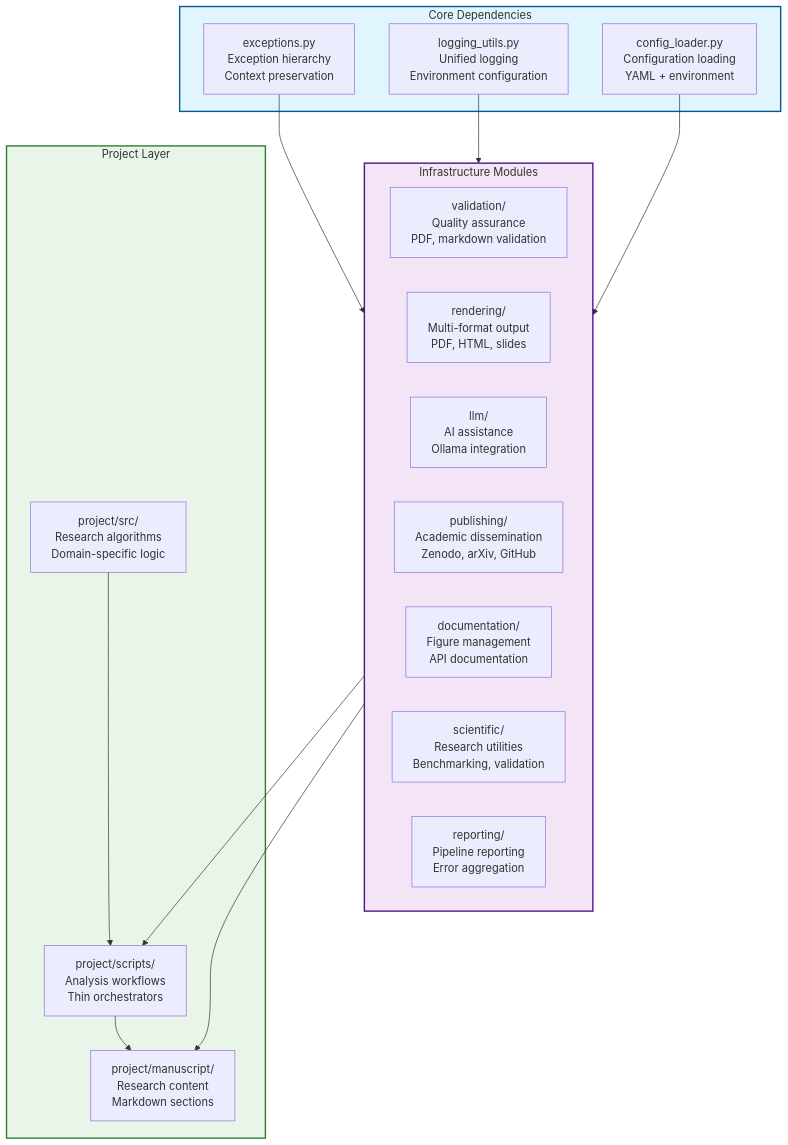
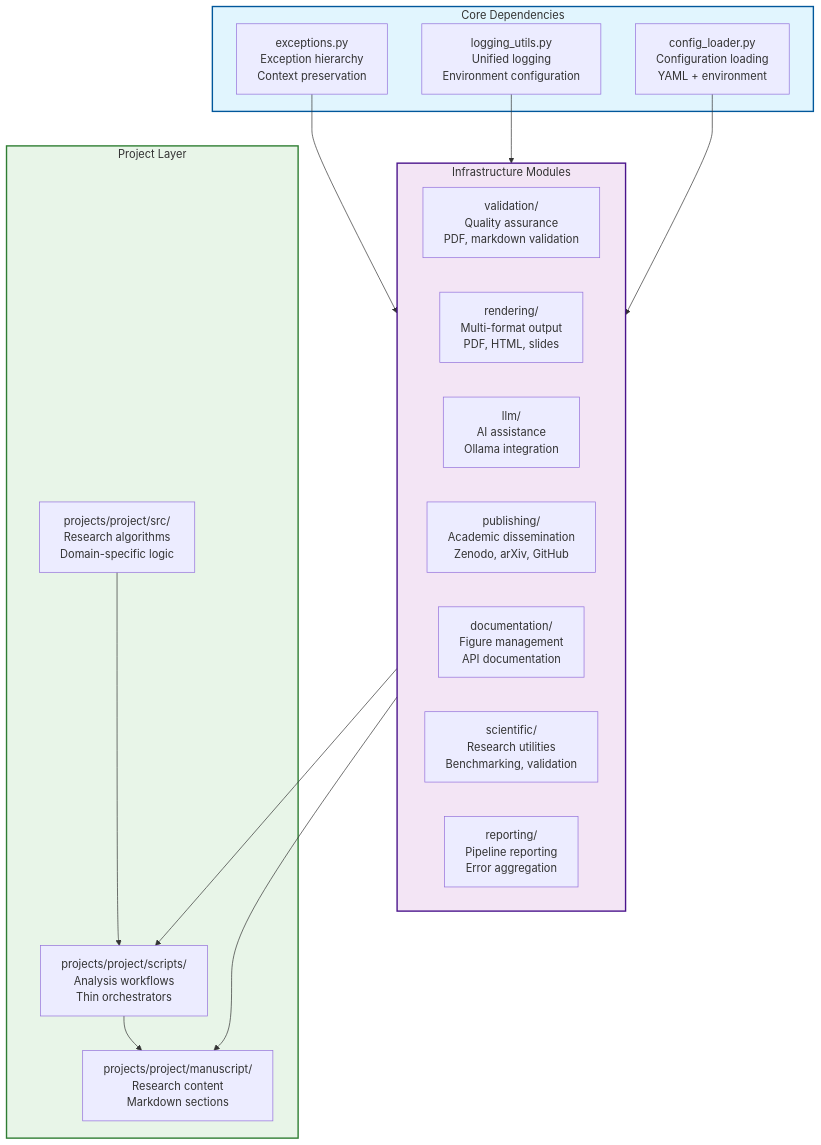
One commit to docxology/template changed the seventh of 13 diagrams in README.md. Above: the diagram before and after it, drawn with Mermaid. The commit also changed other lines of this file and 512 other files, not shown here.

````diff
--- a/README.md
+++ b/README.md
@@ -504,42 +504,42 @@
 ```mermaid
 graph TD
     subgraph CoreDeps["Core Dependencies"]
         EXCEPTIONS[exceptions.py<br/>Exception hierarchy<br/>Context preservation]
         LOGGING[logging_utils.py<br/>Unified logging<br/>Environment configuration]
         CONFIG[config_loader.py<br/>Configuration loading<br/>YAML + environment]
     end
 
     subgraph InfrastructureModules["Infrastructure Modules"]
         VALIDATION[validation/<br/>Quality assurance<br/>PDF, markdown validation]
         RENDERING[rendering/<br/>Multi-format output<br/>PDF, HTML, slides]
         LLM[llm/<br/>AI assistance<br/>Ollama integration]
         PUBLISHING[publishing/<br/>Academic dissemination<br/>Zenodo, arXiv, GitHub]
         DOCUMENTATION[documentation/<br/>Figure management<br/>API documentation]
         SCIENTIFIC[scientific/<br/>Research utilities<br/>Benchmarking, validation]
         REPORTING[reporting/<br/>Pipeline reporting<br/>Error aggregation]
     end
 
     subgraph ProjectLayer["Project Layer"]
-        PROJECT_SRC[project/src/<br/>Research algorithms<br/>Domain-specific logic]
-        PROJECT_SCRIPTS[project/scripts/<br/>Analysis workflows<br/>Thin orchestrators]
-        PROJECT_MANUSCRIPT[project/manuscript/<br/>Research content<br/>Markdown sections]
+        PROJECT_SRC[projects/project/src/<br/>Research algorithms<br/>Domain-specific logic]
+        PROJECT_SCRIPTS[projects/project/scripts/<br/>Analysis workflows<br/>Thin orchestrators]
+        PROJECT_MANUSCRIPT[projects/project/manuscript/<br/>Research content<br/>Markdown sections]
     end
 
     EXCEPTIONS --> InfrastructureModules
     LOGGING --> InfrastructureModules
     CONFIG --> InfrastructureModules
 
     InfrastructureModules --> PROJECT_SCRIPTS
     PROJECT_SRC --> PROJECT_SCRIPTS
 
     PROJECT_SCRIPTS --> PROJECT_MANUSCRIPT
     InfrastructureModules --> PROJECT_MANUSCRIPT
 
     classDef core fill:#e1f5fe,stroke:#01579b,stroke-width:2px
     classDef infra fill:#f3e5f5,stroke:#4a148c,stroke-width:2px
     classDef project fill:#e8f5e8,stroke:#2e7d32,stroke-width:2px
 
     class CoreDeps core
     class InfrastructureModules infra
     class ProjectLayer project
 ```
````
